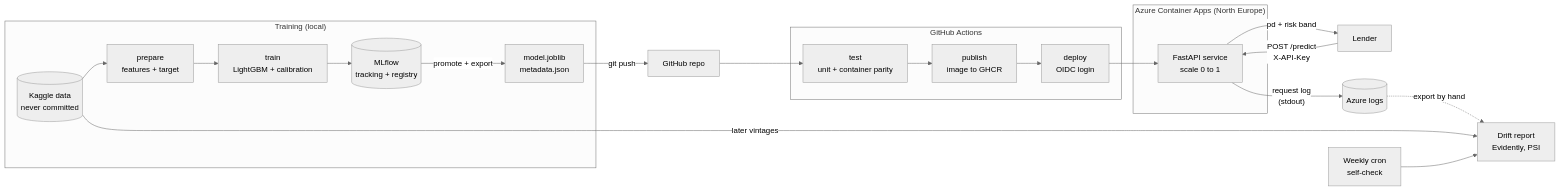
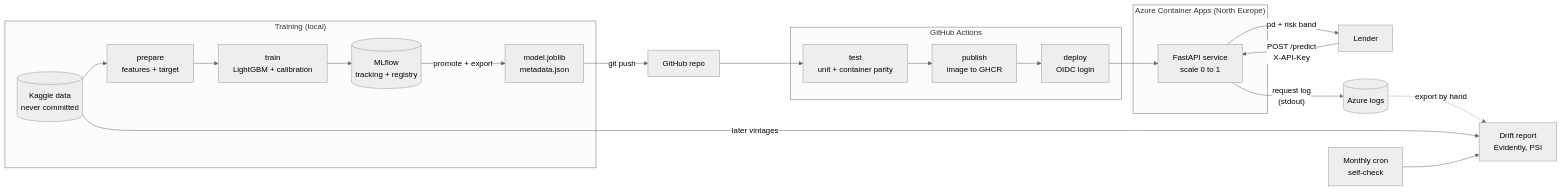
The diagram in README.md (mimmospoto/loan-default-scoring), drawn with Mermaid (neutral theme) before and after one commit. The commit also changed 3 other files, not shown here.

Commit message:
Chore: Changes from weekly to monthly drift check

````diff
--- a/README.md
+++ b/README.md
@@ -36,31 +36,31 @@
 ```mermaid
 flowchart LR
     subgraph local["Training (local)"]
         kaggle[("Kaggle data<br/>never committed")] --> prep["prepare<br/>features + target"]
         prep --> train["train<br/>LightGBM + calibration"]
         train --> mlflow[("MLflow<br/>tracking + registry")]
         mlflow -->|"promote + export"| art["model.joblib<br/>metadata.json"]
     end
 
     art -->|"git push"| repo["GitHub repo"]
 
     subgraph ci["GitHub Actions"]
         test["test<br/>unit + container parity"] --> publish["publish<br/>image to GHCR"]
         publish --> deploy["deploy<br/>OIDC login"]
     end
 
     repo --> test
     deploy --> app
 
     subgraph azure["Azure Container Apps (North Europe)"]
         app["FastAPI service<br/>scale 0 to 1"]
     end
 
     client["Lender"] -->|"POST /predict<br/>X-API-Key"| app
     app -->|"pd + risk band"| client
 
     app -->|"request log<br/>(stdout)"| logs[("Azure logs")]
     logs -.->|"export by hand"| drift["Drift report<br/>Evidently, PSI"]
     kaggle -->|"later vintages"| drift
-    cron["Weekly cron<br/>self-check"] --> drift
+    cron["Monthly cron<br/>self-check"] --> drift
 ```
````
